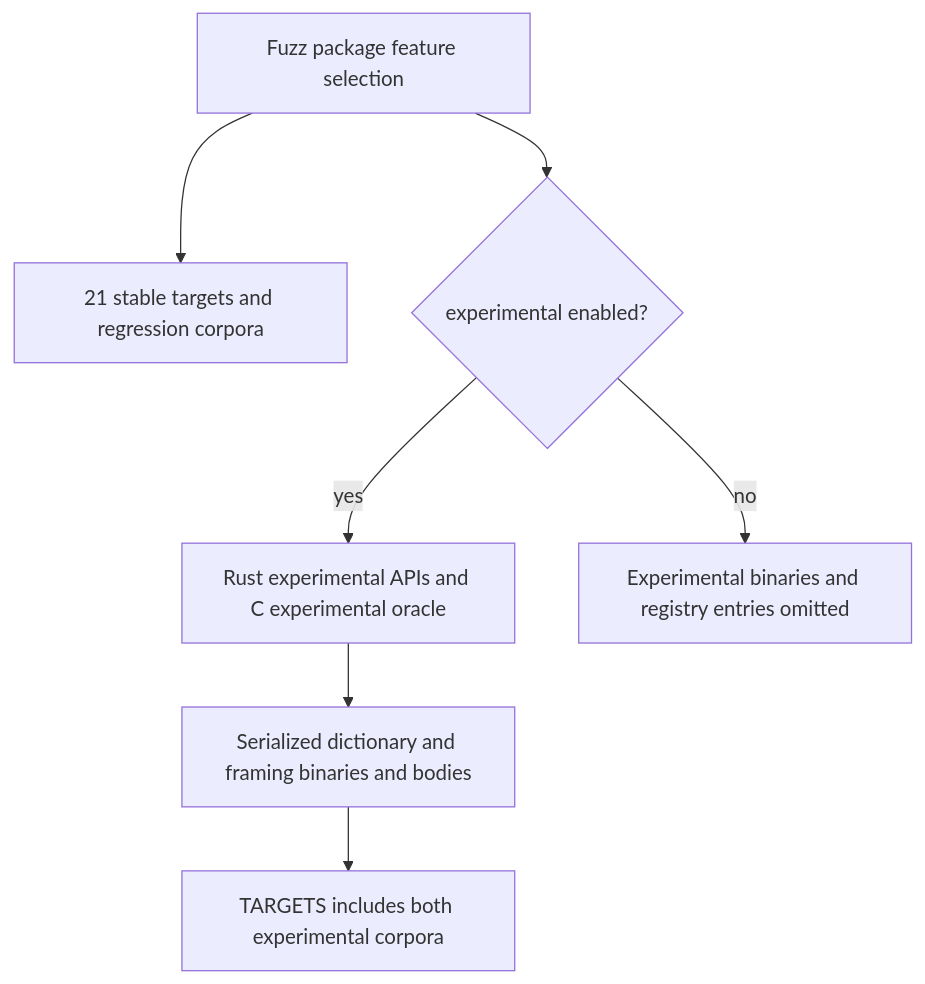
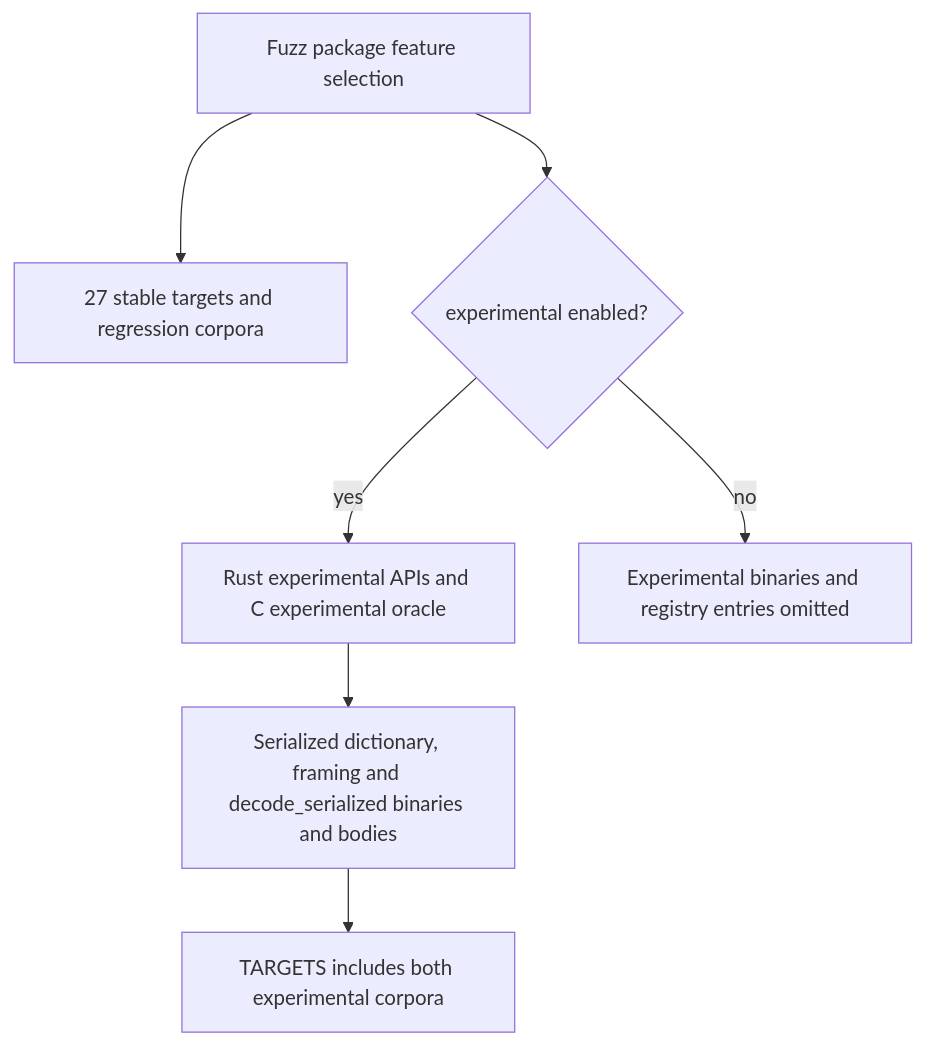
The first of 10 diagrams in architecture/fuzzing.md (Mnwa/mbrotli), drawn with Mermaid before and after one commit. The commit also changed other lines of this file and 13 other files, not shown here.

````diff
--- a/architecture/fuzzing.md
+++ b/architecture/fuzzing.md
@@ -25,9 +26,9 @@
 ```mermaid
 flowchart TD
-    Build[Fuzz package feature selection] --> Stable[21 stable targets and regression corpora]
+    Build[Fuzz package feature selection] --> Stable[27 stable targets and regression corpora]
     Build --> Enabled{experimental enabled?}
     Enabled -->|yes| Dependencies[Rust experimental APIs and C experimental oracle]
-    Dependencies --> Extra[Serialized dictionary and framing binaries and bodies]
+    Dependencies --> Extra[Serialized dictionary, framing and decode_serialized binaries and bodies]
     Extra --> Registry[TARGETS includes both experimental corpora]
     Enabled -->|no| Omit[Experimental binaries and registry entries omitted]
 ```
````
